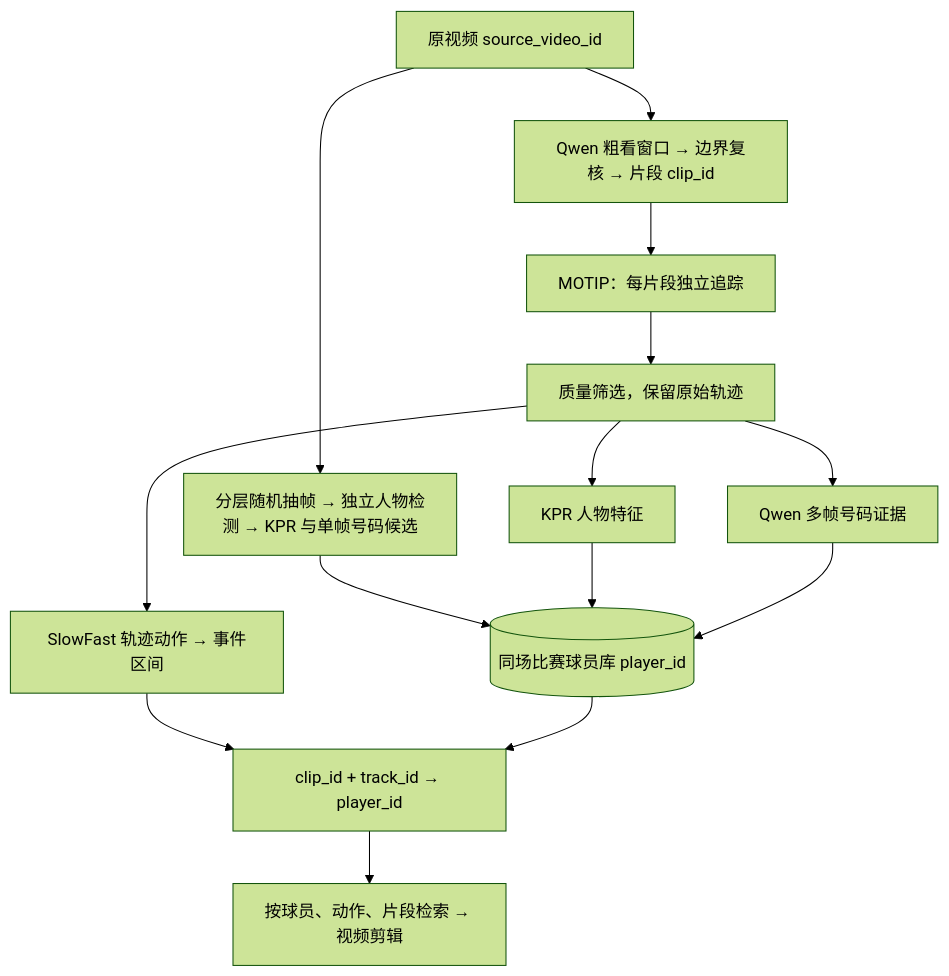
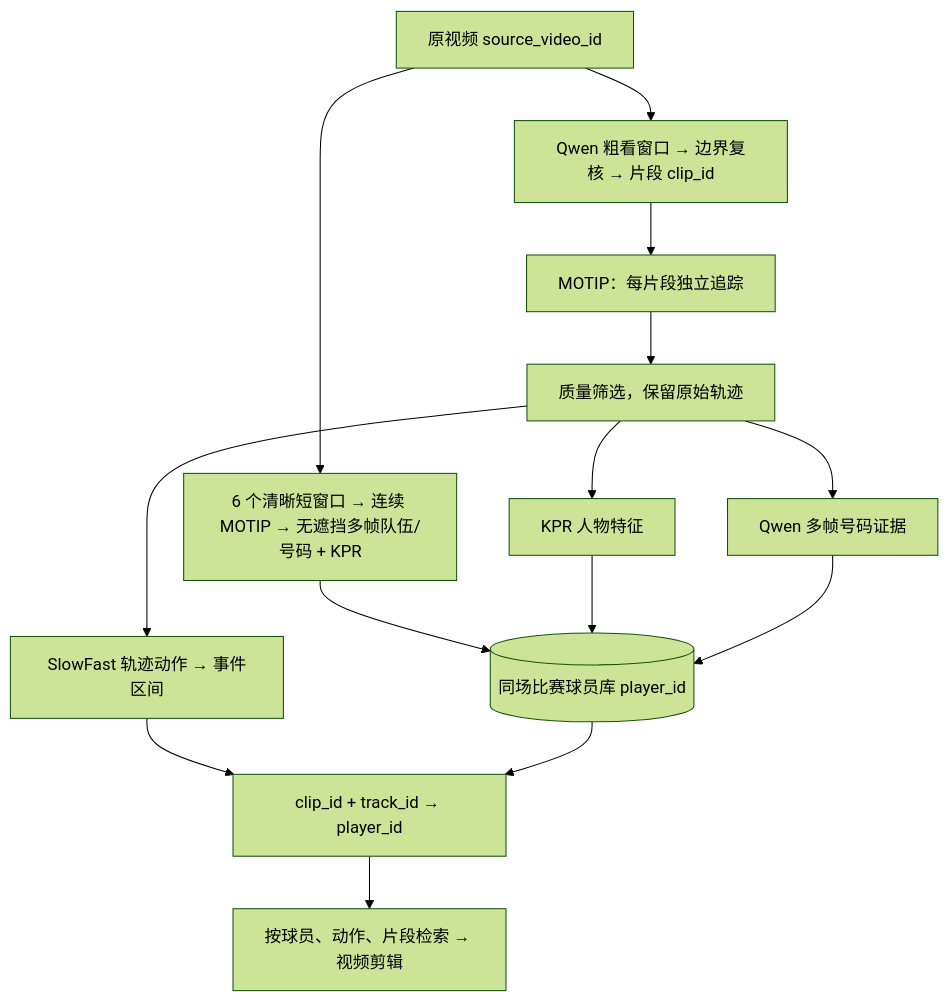
The diagram in README.md (33613/basket_cut), drawn with Mermaid (forest theme) before and after one commit. The commit also changed other lines of this file and 30 other files, not shown here.

````diff
--- a/README.md
+++ b/README.md
@@ -5,16 +5,16 @@
 ```mermaid
 flowchart TD
     S[原视频 source_video_id] --> C[Qwen 粗看窗口 → 边界复核 → 片段 clip_id]
-    S --> B[分层随机抽帧 → 独立人物检测 → KPR 与单帧号码候选]
+    S --> B[6 个清晰短窗口 → 连续 MOTIP → 无遮挡多帧队伍/号码 + KPR]
     B --> P
     C --> T[MOTIP：每片段独立追踪]
     T --> Q[质量筛选，保留原始轨迹]
     Q --> K[KPR 人物特征]
     Q --> N[Qwen 多帧号码证据]
     K --> P[(同场比赛球员库 player_id)]
     N --> P
     Q --> A[SlowFast 轨迹动作 → 事件区间]
     A --> J[clip_id + track_id → player_id]
     P --> J
     J --> W[按球员、动作、片段检索 → 视频剪辑]
 ```
````
